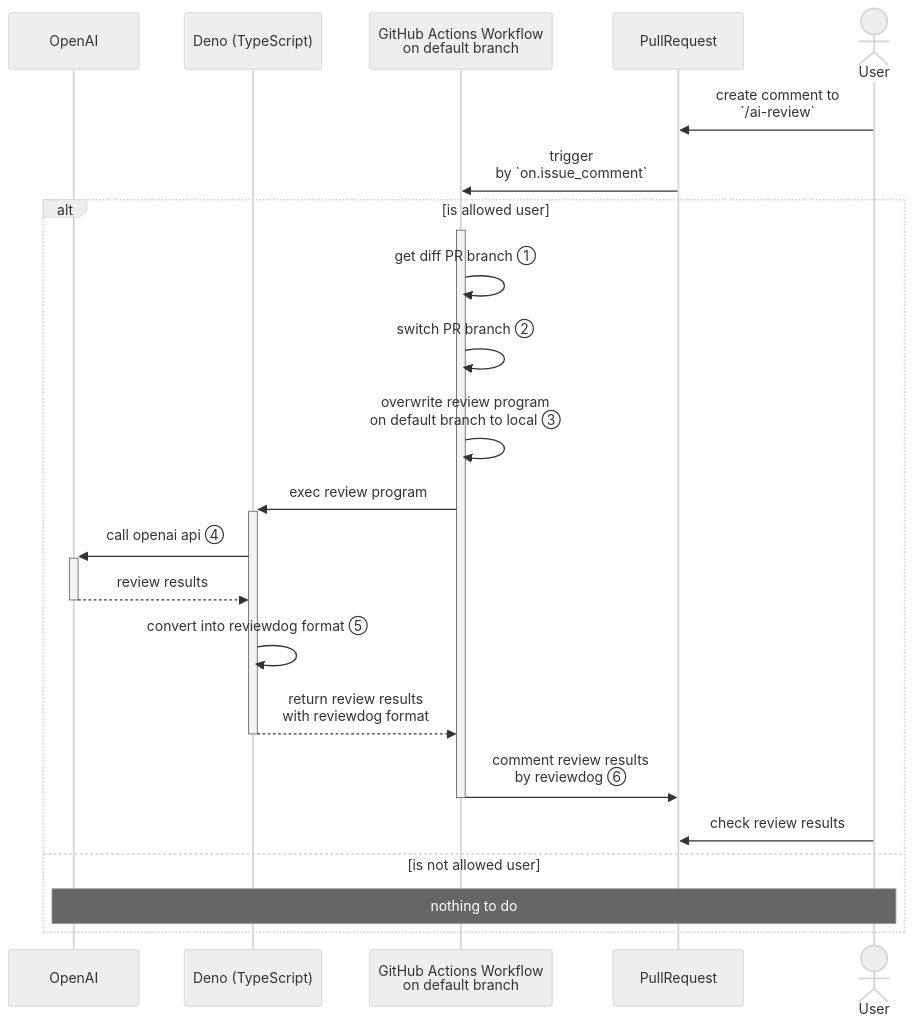
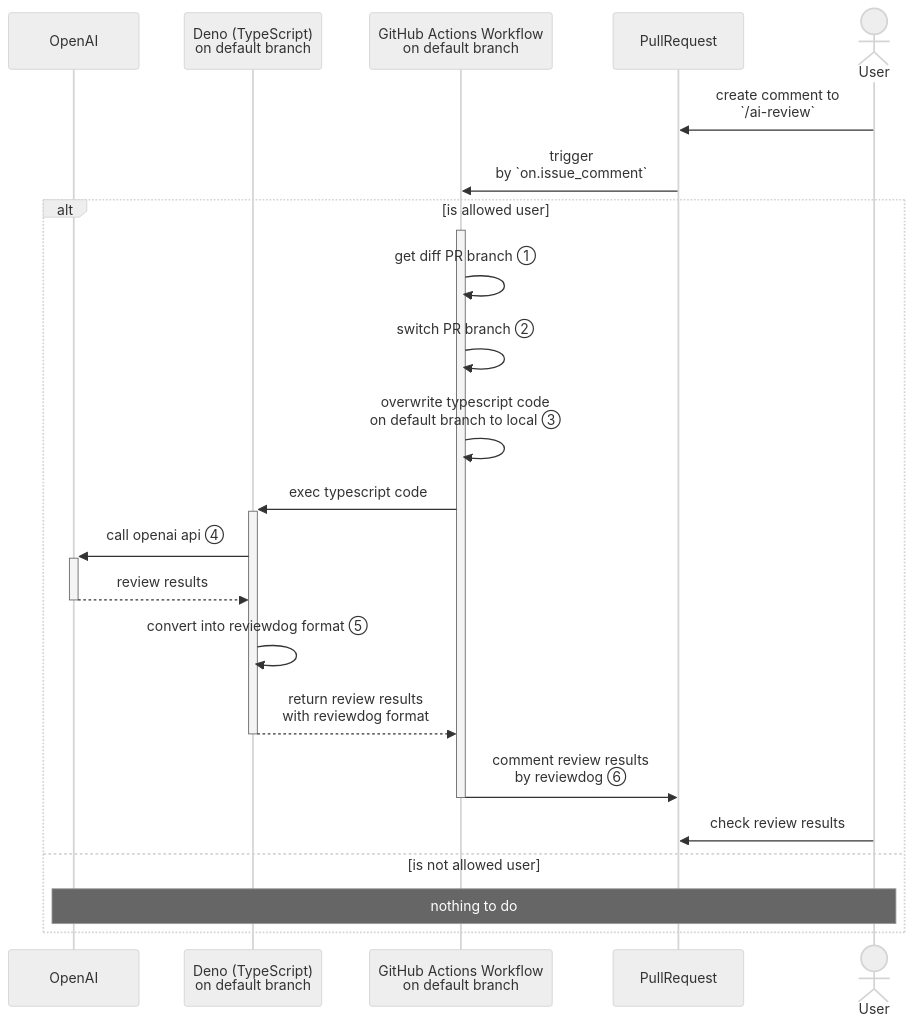
Before and after one commit to uta8a/korosuke613-zenn-articles: the diagram in articles/ai-blog-review-on-github.md, drawn with Mermaid (neutral theme). The commit also changed other lines of this file, not shown here.

````diff
--- a/articles/ai-blog-review-on-github.md
+++ b/articles/ai-blog-review-on-github.md
@@ -282,26 +104,26 @@
 ```mermaid
 sequenceDiagram
     participant O as OpenAI
-    participant D as Deno (TypeScript)
+    participant D as Deno (TypeScript)<br />on default branch
     participant A as GitHub Actions Workflow<br />on default branch
     participant P as PullRequest
     actor User
     User->>P: create comment to<br /> `/ai-review`
     P->>A: trigger<br /> by `on.issue_comment`
     alt is allowed user
         activate A
         A->>A: get diff PR branch ①
         A->>A: switch PR branch ②
-        A->>A: overwrite review program<br />on default branch to local ③
-        A->>+D: exec review program
+        A->>A: overwrite typescript code<br />on default branch to local ③
+        A->>+D: exec typescript code
         D->>+O: call openai api ④
         O-->>-D: review results
         D->>D: convert into reviewdog format ⑤
         D-->>-A: return review results <br />with reviewdog format
         A->>P: comment review results<br />by reviewdog ⑥
         deactivate A
         User->>P: check review results
     else is not allowed user
         Note over O,User: nothing to do
     end
 ```
````
